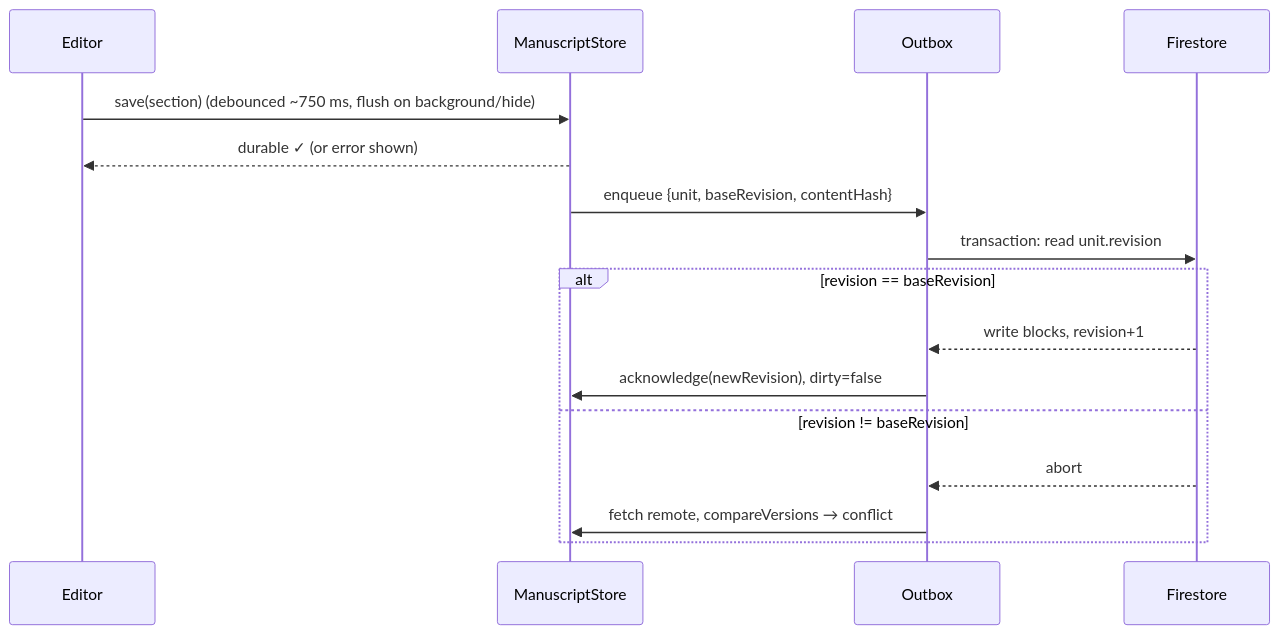
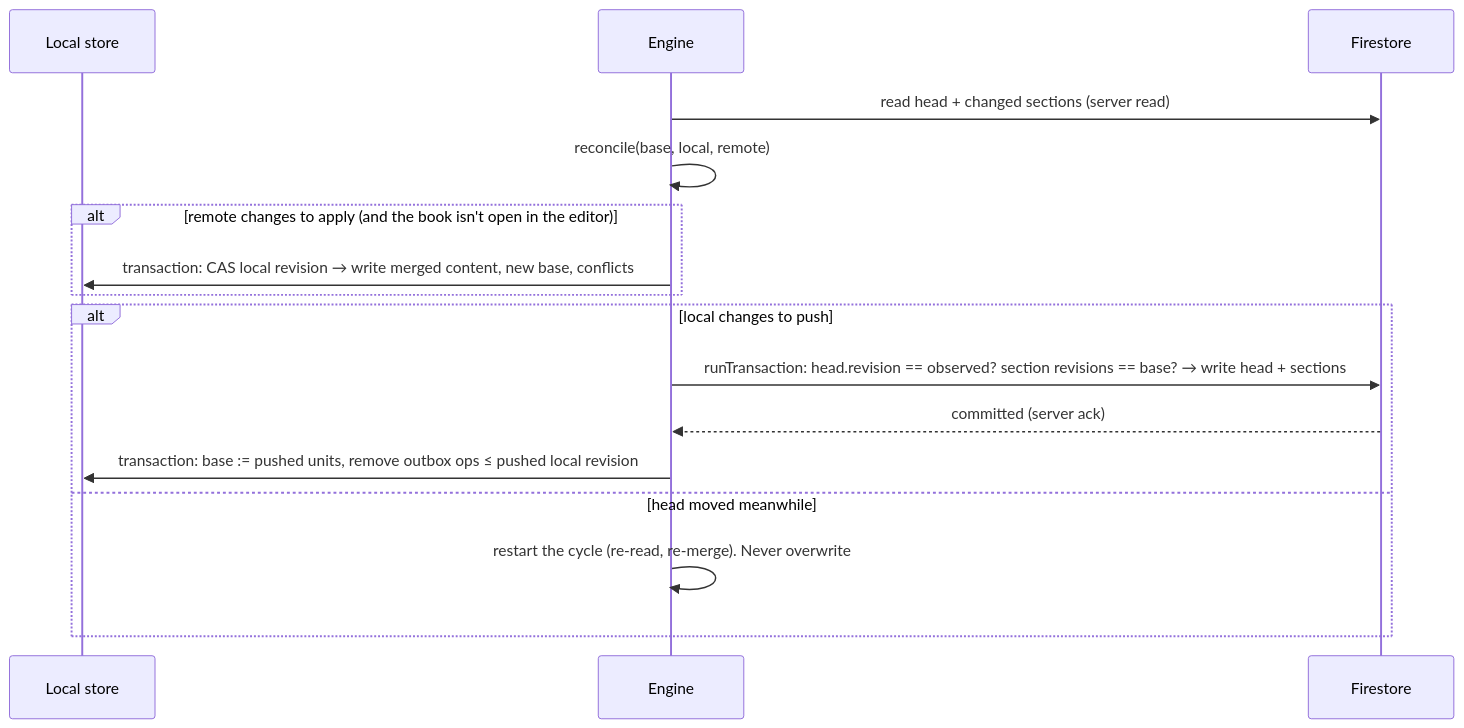
Before and after one commit to UltimateLife6/book-formatting-app: the diagram in docs/architecture/sync-design.md, drawn with Mermaid. The commit also changed other lines of this file and 64 other files, not shown here.

````diff
--- a/docs/architecture/sync-design.md
+++ b/docs/architecture/sync-design.md
@@ -42,18 +100,18 @@
 ```mermaid
 sequenceDiagram
-  participant E as Editor
-  participant S as ManuscriptStore
-  participant O as Outbox
-  participant F as Firestore
-  E->>S: save(section) (debounced ~750 ms, flush on background/hide)
-  S-->>E: durable ✓ (or error shown)
-  S->>O: enqueue {unit, baseRevision, contentHash}
-  O->>F: transaction: read unit.revision
-  alt revision == baseRevision
-    F-->>O: write blocks, revision+1
-    O->>S: acknowledge(newRevision), dirty=false
-  else revision != baseRevision
-    F-->>O: abort
-    O->>S: fetch remote, compareVersions → conflict
+  participant L as Local store
+  participant E as Engine
+  participant R as Firestore
+  E->>R: read head + changed sections (server read)
+  E->>E: reconcile(base, local, remote)
+  alt remote changes to apply (and the book isn't open in the editor)
+    E->>L: transaction: CAS local revision → write merged content, new base, conflicts
+  end
+  alt local changes to push
+    E->>R: runTransaction: head.revision == observed? section revisions == base? → write head + sections
+    R-->>E: committed (server ack)
+    E->>L: transaction: base := pushed units, remove outbox ops ≤ pushed local revision
+  else head moved meanwhile
+    E->>E: restart the cycle (re-read, re-merge). Never overwrite
   end
 ```
````
